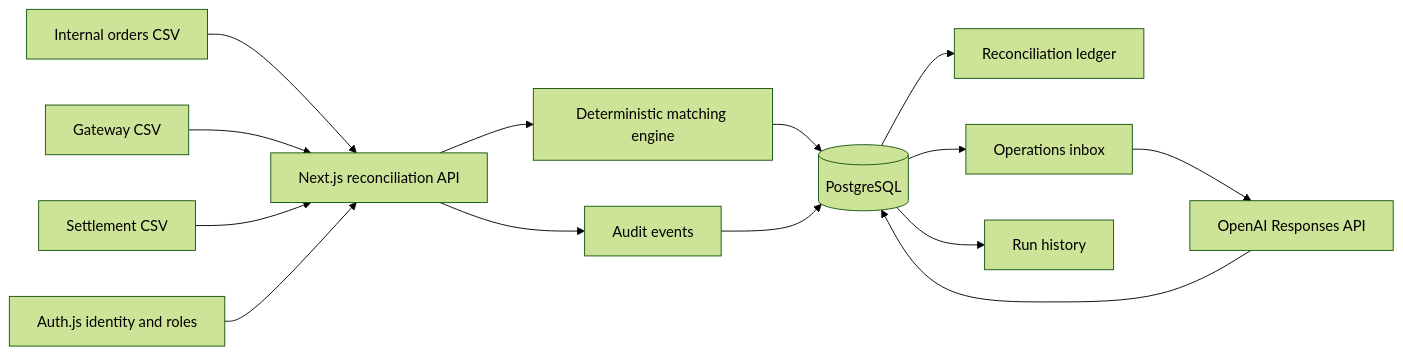
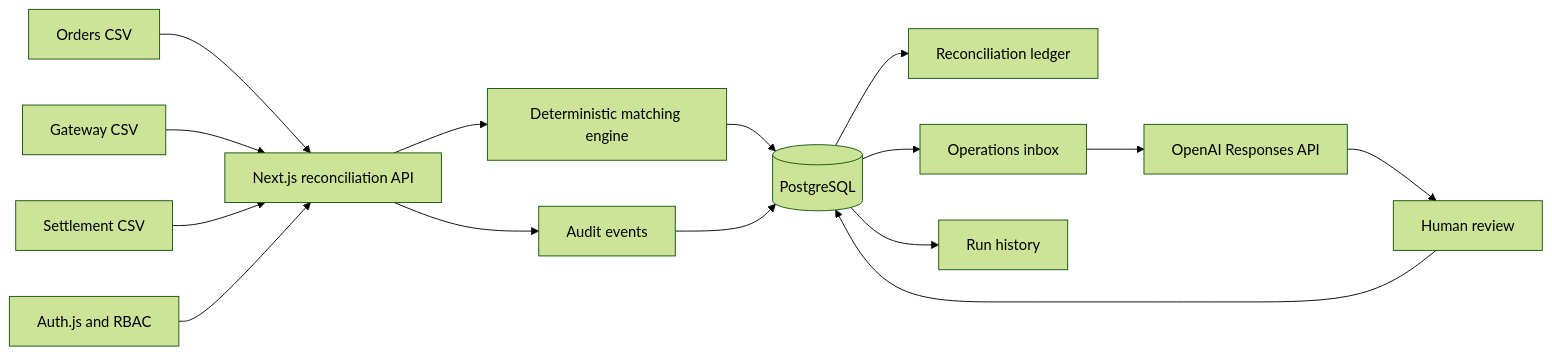
The diagram in README.md (himanisharrma/payops-copilot), drawn with Mermaid (forest theme) before and after one commit. The commit also changed other lines of this file and 11 other files, not shown here.

````diff
--- a/README.md
+++ b/README.md
@@ -43,16 +94,17 @@
 ```mermaid
 flowchart LR
-    A[Internal orders CSV] --> D[Next.js reconciliation API]
+    A[Orders CSV] --> D[Next.js reconciliation API]
     B[Gateway CSV] --> D
     C[Settlement CSV] --> D
     D --> E[Deterministic matching engine]
     E --> F[(PostgreSQL)]
     F --> G[Reconciliation ledger]
     F --> H[Operations inbox]
     F --> I[Run history]
     H --> J[OpenAI Responses API]
-    J --> F
-    K[Auth.js identity and roles] --> D
-    D --> L[Audit events]
-    L --> F
+    J --> K[Human review]
+    K --> F
+    L[Auth.js and RBAC] --> D
+    D --> M[Audit events]
+    M --> F
 ```
````
